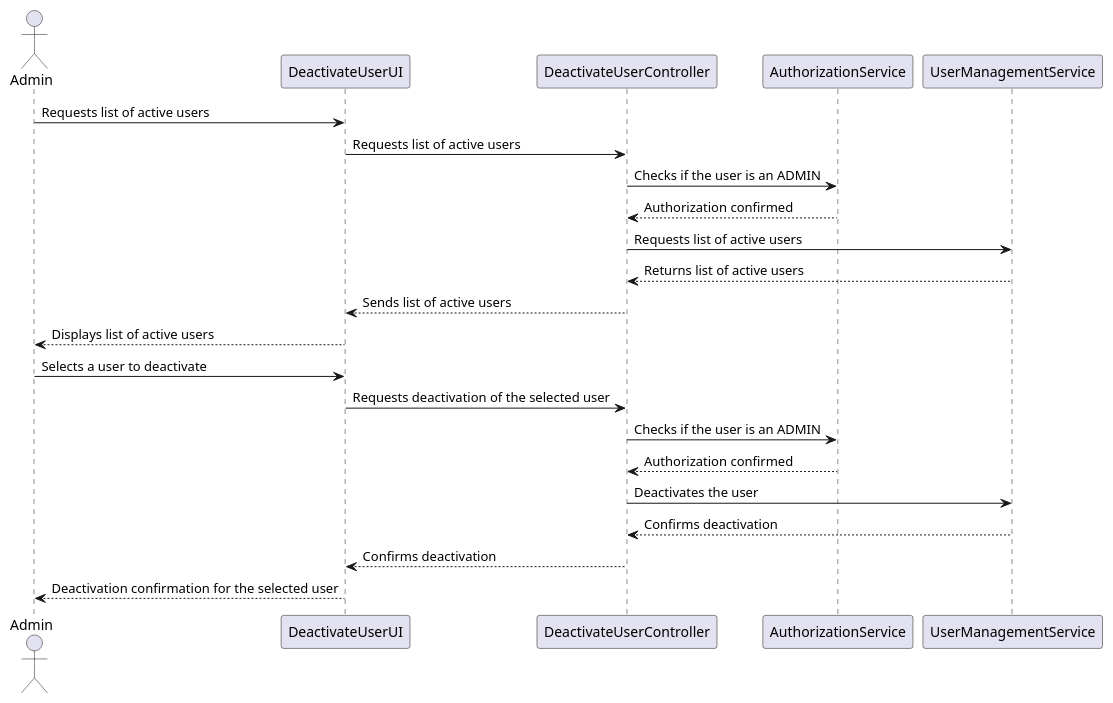
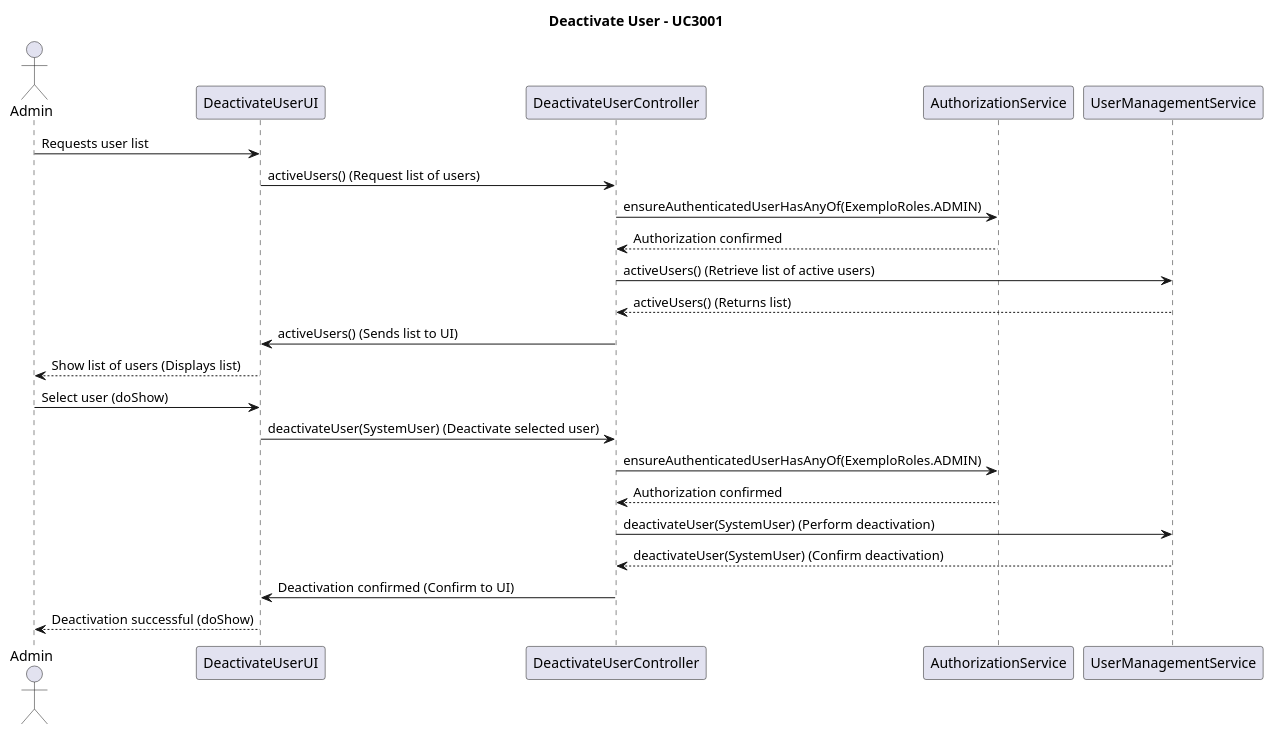
The diagram in docs/sprintB/US1000/03.design/puml/SD_Enable_Disable_user.puml (Mendoncaa/LAPR4), drawn with PlantUML before and after one commit. The commit also changed 11 other files, not shown here.

```diff
--- a/docs/sprintB/US1000/03.design/puml/SD_Enable_Disable_user.puml
+++ b/docs/sprintB/US1000/03.design/puml/SD_Enable_Disable_user.puml
@@ -1,25 +1,50 @@
 @startuml
+title Deactivate User - UC3001
+
 actor Admin
+
 participant "DeactivateUserUI" as UI
 participant "DeactivateUserController" as DC
 participant "AuthorizationService" as Authz
 participant "UserManagementService" as UserSvc
 
-Admin -> UI: Requests list of active users
-UI -> DC: Requests list of active users
-DC -> Authz: Checks if the user is an ADMIN
+' Step 1: Admin requests list of active users
+Admin -> UI: Requests user list
+
+' Step 2: UI sends request to the controller
+UI -> DC: activeUsers() (Request list of users)
+
+' Step 3: Controller checks authorization
+DC -> Authz: ensureAuthenticatedUserHasAnyOf(ExemploRoles.ADMIN)
 Authz --> DC: Authorization confirmed
-DC -> UserSvc: Requests list of active users
-UserSvc --> DC: Returns list of active users
-DC --> UI: Sends list of active users
-UI --> Admin: Displays list of active users
 
-Admin -> UI: Selects a user to deactivate
-UI -> DC: Requests deactivation of the selected user
-DC -> Authz: Checks if the user is an ADMIN
+' Step 4: Controller retrieves list of active users
+DC -> UserSvc: activeUsers() (Retrieve list of active users)
+UserSvc --> DC: activeUsers() (Returns list)
+
+' Step 5: Controller sends list of users to UI
+DC -> UI: activeUsers() (Sends list to UI)
+
+' Step 6: UI displays list of active users to Admin
+UI --> Admin: Show list of users (Displays list)
+
+' Step 7: Admin selects a user to deactivate
+Admin -> UI: Select user (doShow)
+
+' Step 8: UI sends deactivation request to the controller
+UI -> DC: deactivateUser(SystemUser) (Deactivate selected user)
+
+' Step 9: Controller verifies authorization
+DC -> Authz: ensureAuthenticatedUserHasAnyOf(ExemploRoles.ADMIN)
 Authz --> DC: Authorization confirmed
-DC -> UserSvc: Deactivates the user
-UserSvc --> DC: Confirms deactivation
-DC --> UI: Confirms deactivation
-UI --> Admin: Deactivation confirmation for the selected user
+
+' Step 10: Controller deactivates the user
+DC -> UserSvc: deactivateUser(SystemUser) (Perform deactivation)
+UserSvc --> DC: deactivateUser(SystemUser) (Confirm deactivation)
+
+' Step 11: Controller confirms successful deactivation
+DC -> UI: Deactivation confirmed (Confirm to UI)
+
+' Step 12: UI confirms deactivation to Admin
+UI --> Admin: Deactivation successful (doShow)
 @enduml
```
